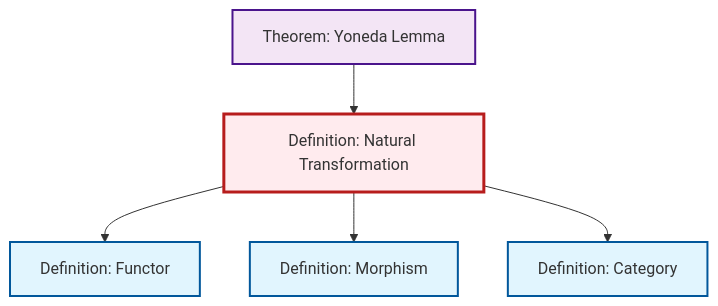
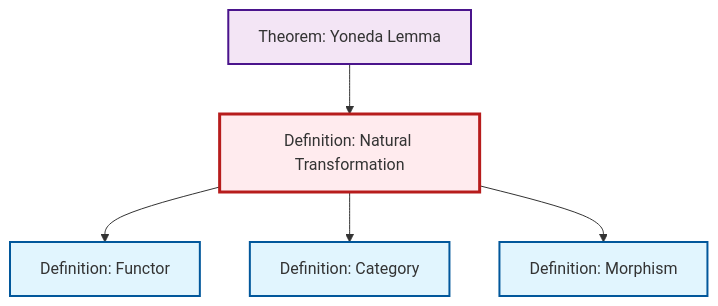
One commit to RK0429/ModernMath changed the diagram in content/en/category-theory/def-natural-transformation.qmd. Above: the diagram before and after it, drawn with Mermaid. The commit also changed other lines of this file and 530 other files, not shown here.

````diff
--- a/content/en/category-theory/def-natural-transformation.qmd
+++ b/content/en/category-theory/def-natural-transformation.qmd
@@ -59,23 +59,23 @@
 ```{mermaid}
 %%| fig-cap: "Local dependency graph"
 graph TD
     classDef definition fill:#e1f5fe,stroke:#01579b,stroke-width:2px
     classDef theorem fill:#f3e5f5,stroke:#4a148c,stroke-width:2px
     classDef axiom fill:#fff3e0,stroke:#e65100,stroke-width:2px
     classDef example fill:#e8f5e9,stroke:#1b5e20,stroke-width:2px
     classDef current fill:#ffebee,stroke:#b71c1c,stroke-width:3px
+    thm-yoneda["Theorem: Yoneda Lemma"]:::theorem
     def-category["Definition: Category"]:::definition
     def-functor["Definition: Functor"]:::definition
-    thm-yoneda["Theorem: Yoneda Lemma"]:::theorem
     def-morphism["Definition: Morphism"]:::definition
     def-natural-transformation["Definition: Natural Transformation"]:::definition
     def-natural-transformation --> def-functor
+    def-natural-transformation --> def-category
     thm-yoneda --> def-natural-transformation
     def-natural-transformation --> def-morphism
-    def-natural-transformation --> def-category
     class def-natural-transformation current
+    click thm-yoneda "thm-yoneda.html" "Go to Yoneda Lemma theorem"
     click def-category "def-category.html" "Go to Category definition"
     click def-functor "def-functor.html" "Go to Functor definition"
-    click thm-yoneda "thm-yoneda.html" "Go to Yoneda Lemma theorem"
     click def-morphism "def-morphism.html" "Go to Morphism definition"
 ```
````
